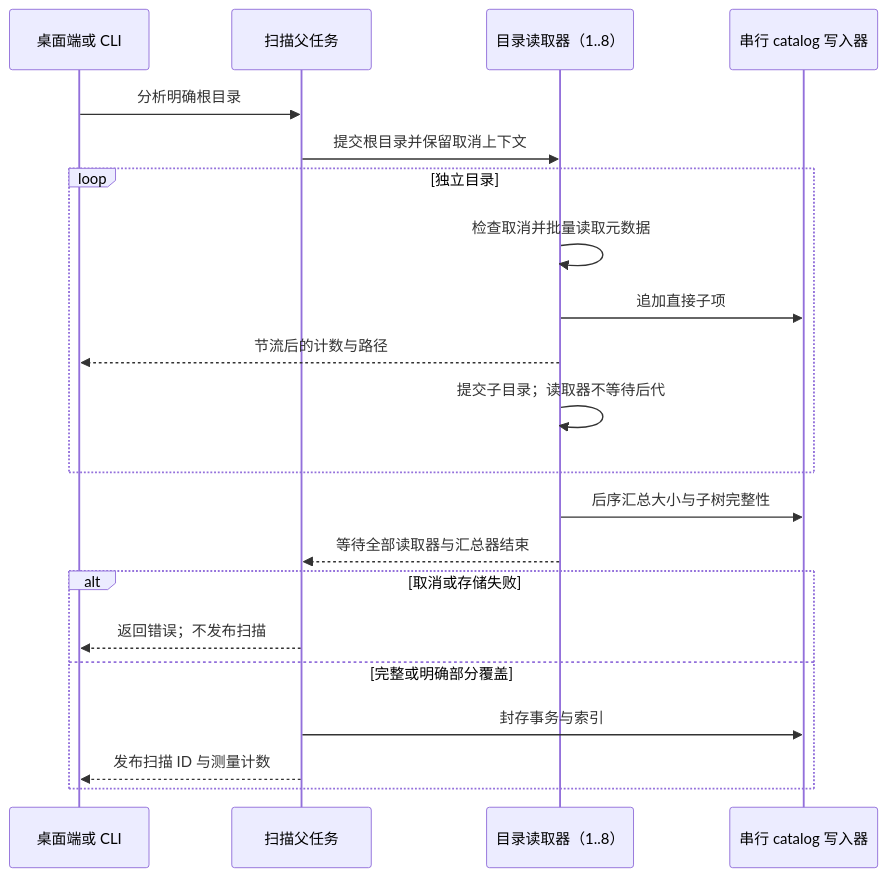
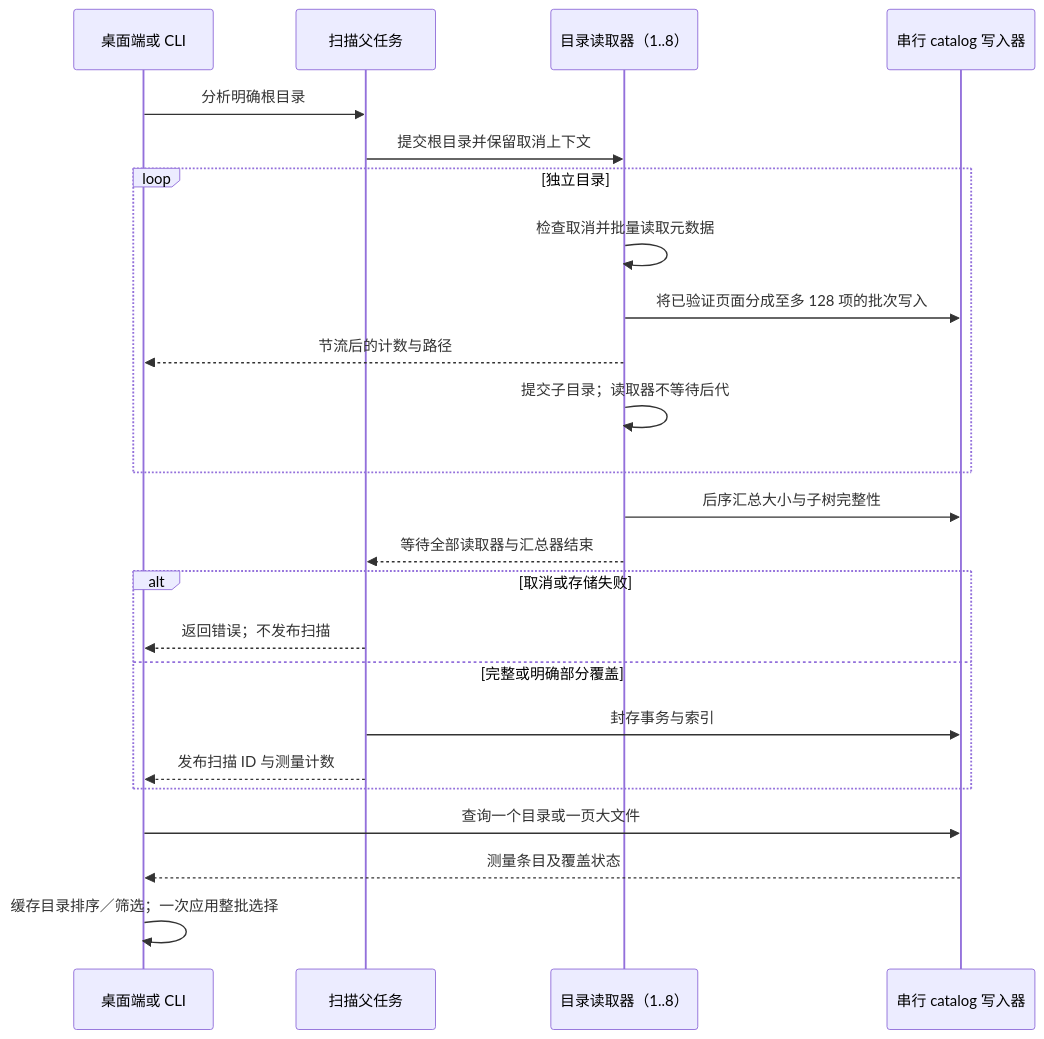
One commit to limecloud/shou changed the second of 2 diagrams in docs/zh-CN/engineering/storage-scan-performance.md. Above: the diagram before and after it, drawn with Mermaid. The commit also changed other lines of this file and 86 other files, not shown here.

````diff
--- a/docs/zh-CN/engineering/storage-scan-performance.md
+++ b/docs/zh-CN/engineering/storage-scan-performance.md
@@ -29,23 +32,26 @@
 ```mermaid
 sequenceDiagram
     participant UI as 桌面端或 CLI
     participant Parent as 扫描父任务
     participant Pool as 目录读取器（1..8）
     participant DB as 串行 catalog 写入器
     UI->>Parent: 分析明确根目录
     Parent->>Pool: 提交根目录并保留取消上下文
     loop 独立目录
         Pool->>Pool: 检查取消并批量读取元数据
-        Pool->>DB: 追加直接子项
+        Pool->>DB: 将已验证页面分成至多 128 项的批次写入
         Pool-->>UI: 节流后的计数与路径
         Pool->>Pool: 提交子目录；读取器不等待后代
     end
     Pool->>DB: 后序汇总大小与子树完整性
     Pool-->>Parent: 等待全部读取器与汇总器结束
     alt 取消或存储失败
         Parent-->>UI: 返回错误；不发布扫描
     else 完整或明确部分覆盖
         Parent->>DB: 封存事务与索引
         Parent-->>UI: 发布扫描 ID 与测量计数
     end
+    UI->>DB: 查询一个目录或一页大文件
+    DB-->>UI: 测量条目及覆盖状态
+    UI->>UI: 缓存目录排序／筛选；一次应用整批选择
 ```
````
